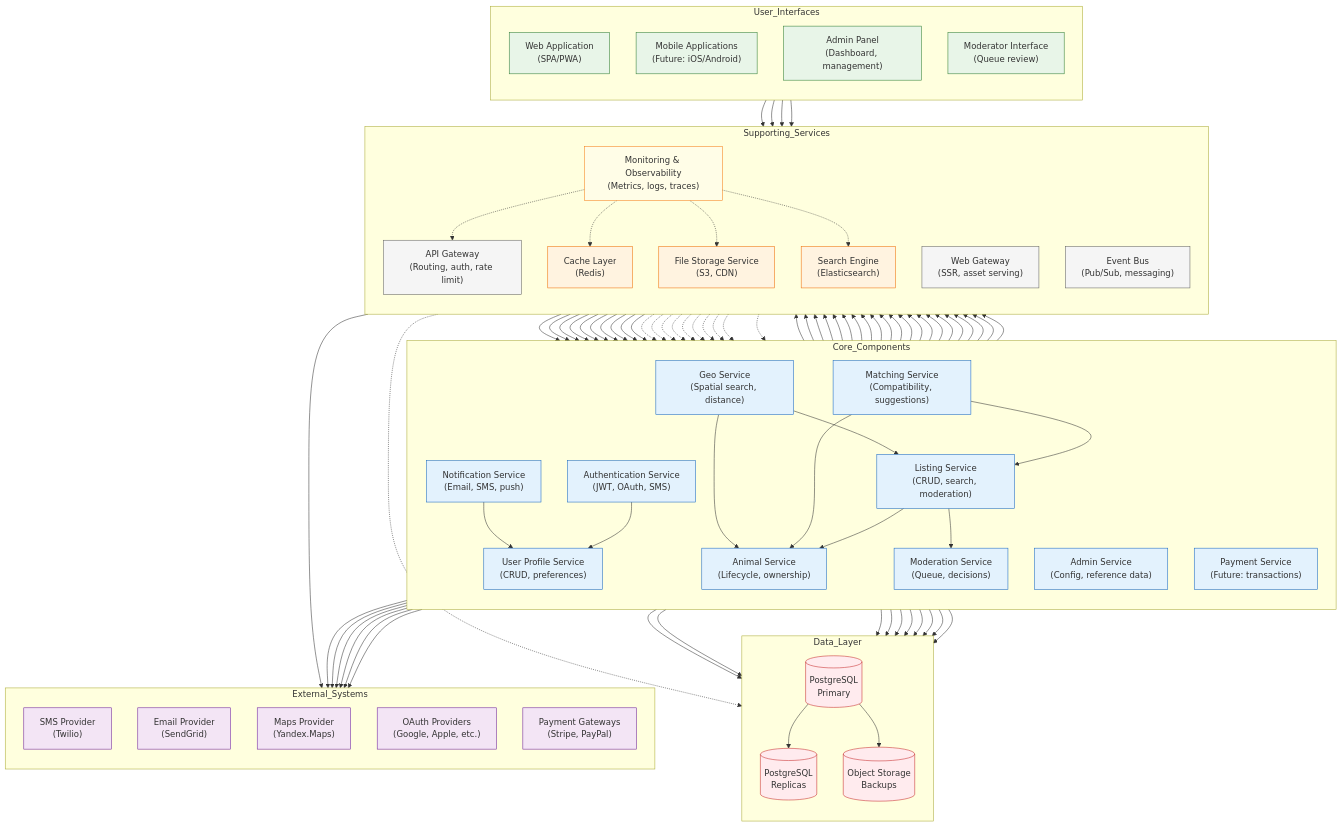
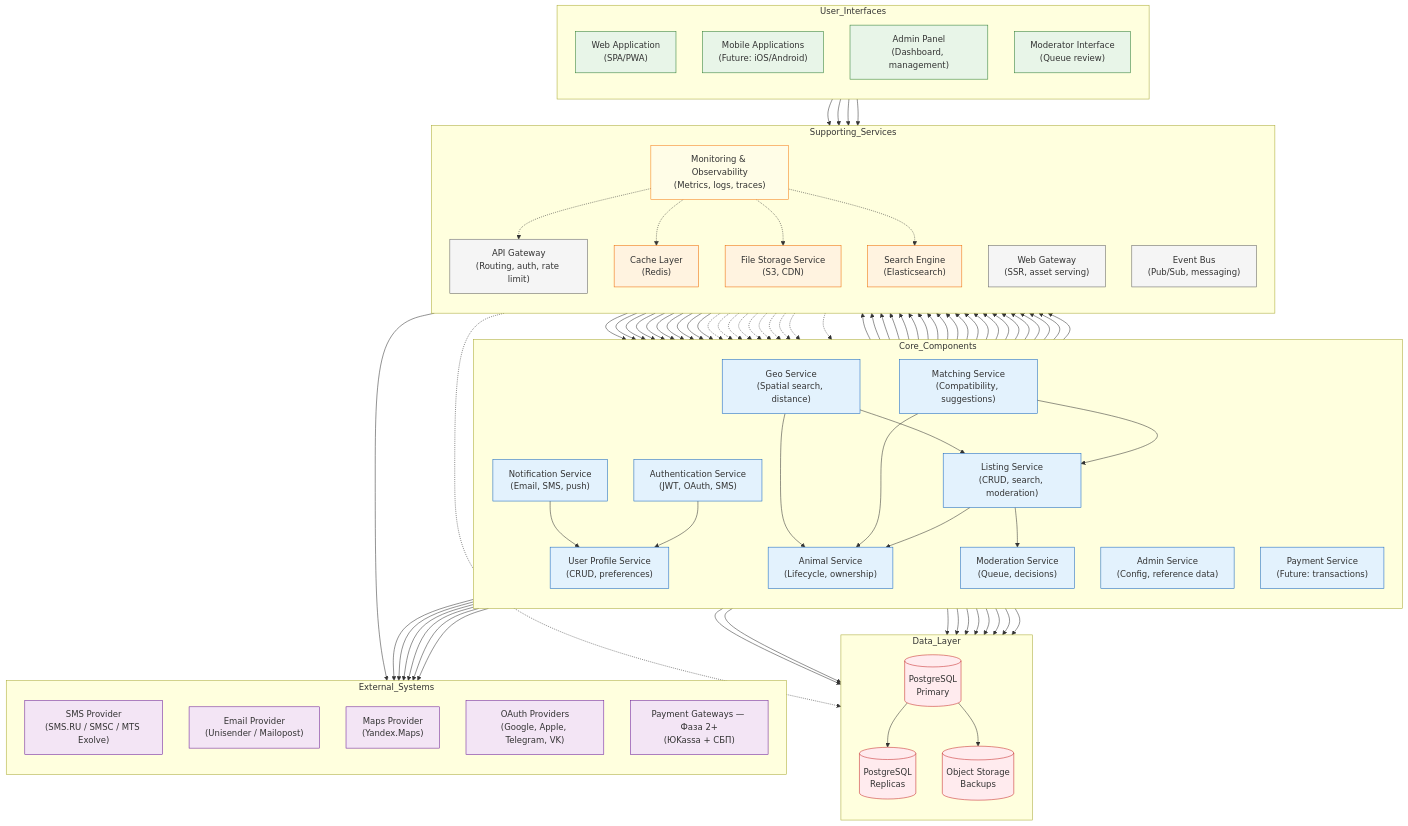
The diagram in docs/03-architecture/component-diagram.md (Aleksandr-Sulimenko/ZooLink), drawn with Mermaid before and after one commit. The commit also changed other lines of this file and 28 other files, not shown here.

```diff
--- a/docs/03-architecture/component-diagram.md
+++ b/docs/03-architecture/component-diagram.md
@@ -44,11 +53,11 @@
     %% External Systems
     subgraph External_Systems
         direction TB
-        SMS_Gateway["SMS Provider<br/>(Twilio)"]
-        Email_Service["Email Provider<br/>(SendGrid)"]
+        SMS_Gateway["SMS Provider<br/>(SMS.RU / SMSC / MTS Exolve)"]
+        Email_Service["Email Provider<br/>(Unisender / Mailopost)"]
         Maps_Service["Maps Provider<br/>(Yandex.Maps)"]
-        OAuth_Providers["OAuth Providers<br/>(Google, Apple, etc.)"]
-        Payment_Gateways["Payment Gateways<br/>(Stripe, PayPal)"]
+        OAuth_Providers["OAuth Providers<br/>(Google, Apple, Telegram, VK)"]
+        Payment_Gateways["Payment Gateways — Фаза 2+<br/>(ЮKassa + СБП)"]
     end
 
     %% User Interfaces
```
